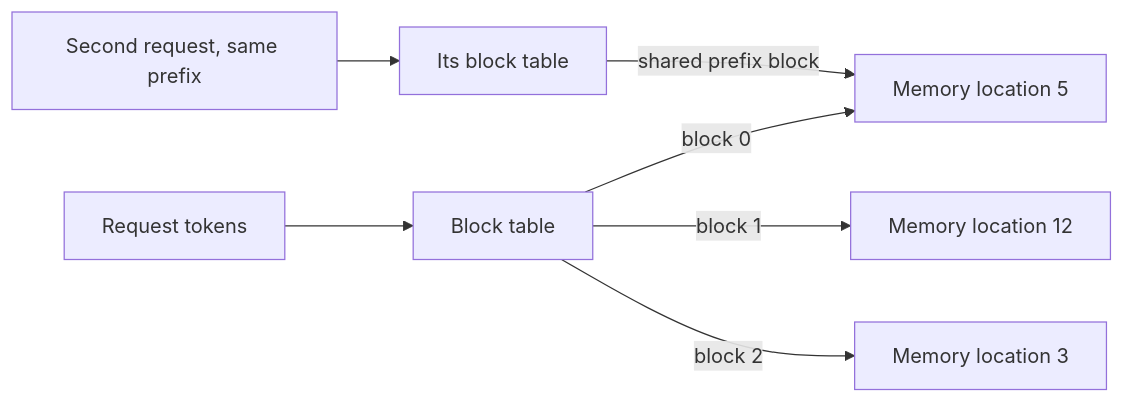
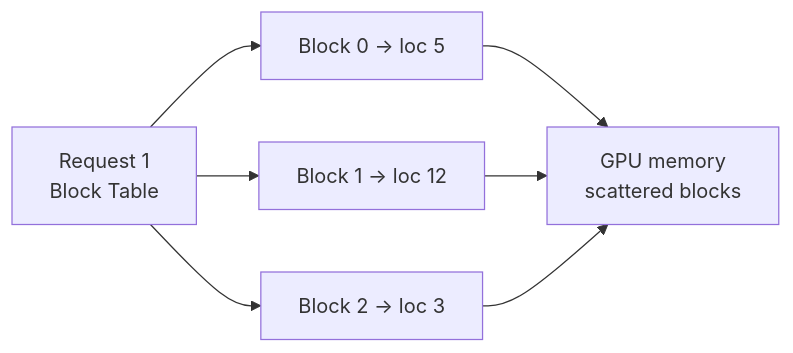
One commit to kaisarnajar/outcome-school-blogs changed the first of 2 diagrams in notes/step-12-llm-inference-engineering/152-paged-attention-in-llms.md. Above: the diagram before and after it, drawn with Mermaid. The commit also changed other lines of this file and 233 other files, not shown here.

````diff
--- a/notes/step-12-llm-inference-engineering/152-paged-attention-in-llms.md
+++ b/notes/step-12-llm-inference-engineering/152-paged-attention-in-llms.md
@@ -38,9 +31,9 @@
 ```mermaid
 flowchart LR
-    R["Request tokens"] --> BT["Block table"]
-    BT -->|"block 0"| M5["Memory location 5"]
-    BT -->|"block 1"| M12["Memory location 12"]
-    BT -->|"block 2"| M3["Memory location 3"]
-    R2["Second request, same prefix"] --> BT2["Its block table"]
-    BT2 -->|"shared prefix block"| M5
+    R1["Request 1<br/>Block Table"] --> B0["Block 0 -> loc 5"]
+    R1 --> B1["Block 1 -> loc 12"]
+    R1 --> B2["Block 2 -> loc 3"]
+    B0 --> M1["GPU memory<br/>scattered blocks"]
+    B1 --> M1
+    B2 --> M1
 ```
````
